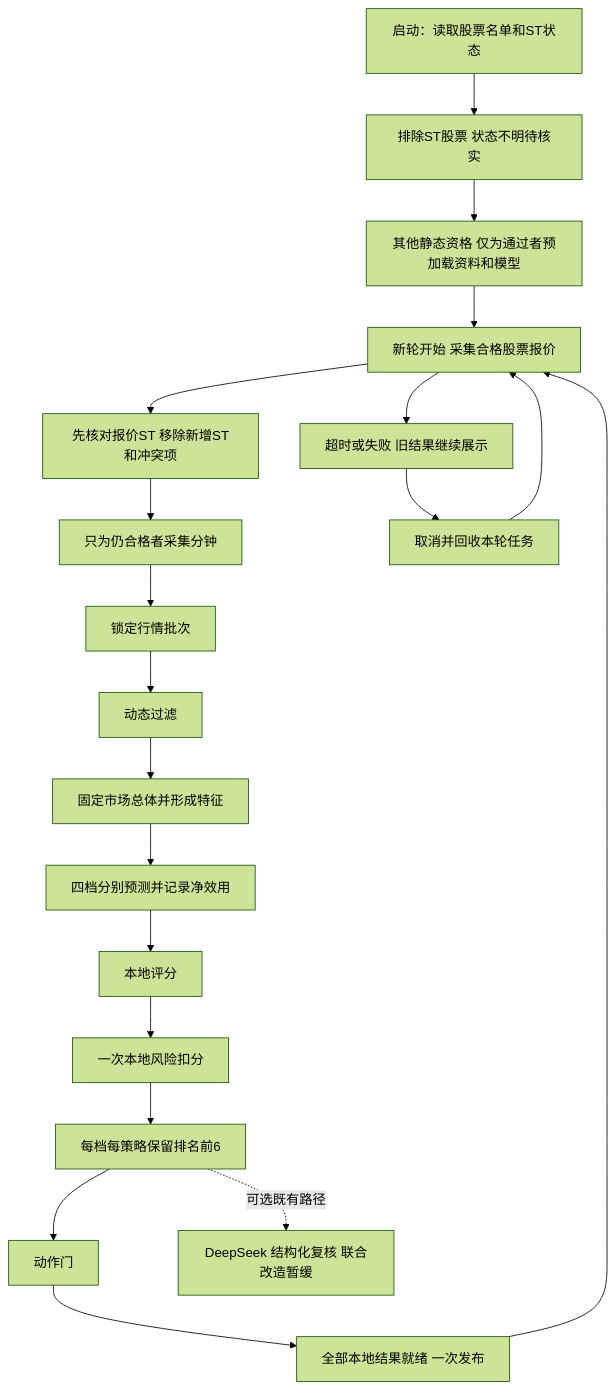
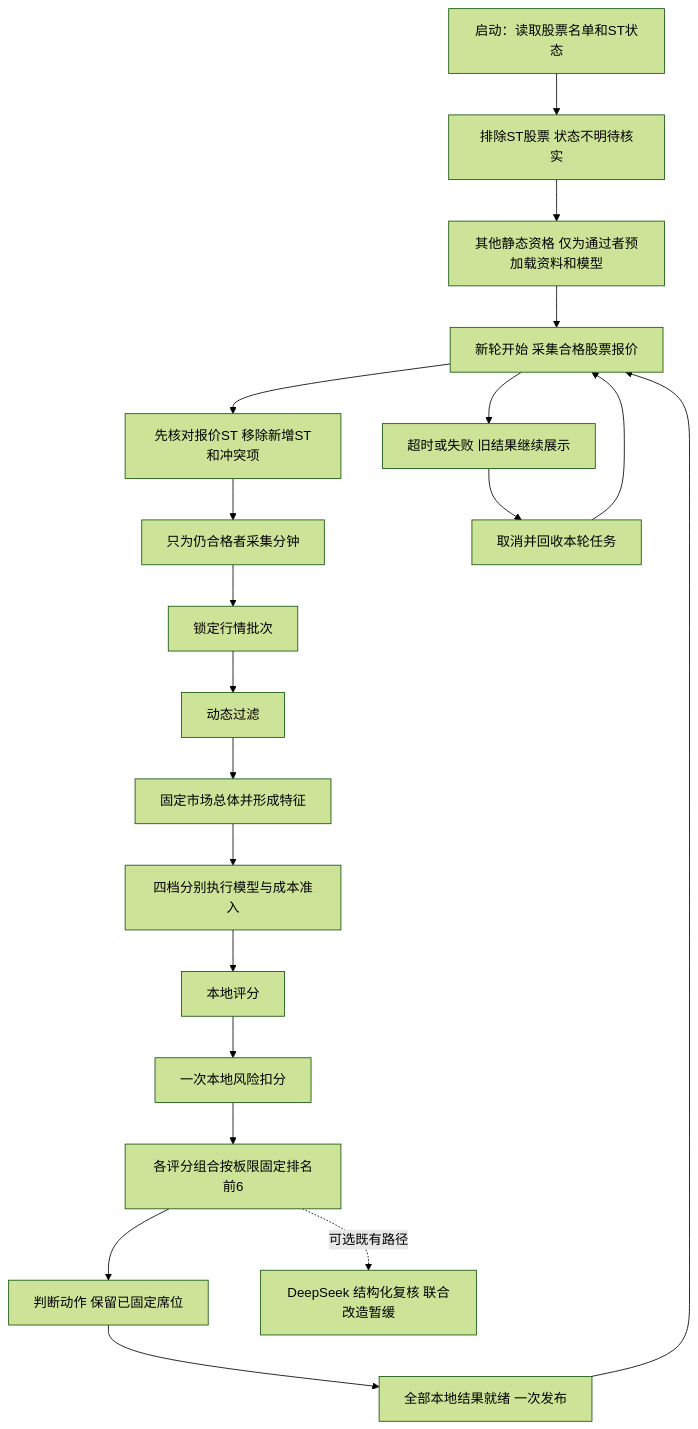
Before and after one commit to 373699756/trader: the first of 2 diagrams in docs/new/c_评分设计.md, drawn with Mermaid (forest theme). The commit also changed other lines of this file and 5 other files, not shown here.

````diff
--- a/docs/new/c_评分设计.md
+++ b/docs/new/c_评分设计.md
@@ -15,22 +15,22 @@
 ```mermaid
 flowchart TD
     S[启动：读取股票名单和ST状态] --> ST[排除ST股票 状态不明待核实]
     ST --> A[其他静态资格 仅为通过者预加载资料和模型]
     A --> B[新轮开始 采集合格股票报价]
     B --> SC[先核对报价ST 移除新增ST和冲突项]
     SC --> MN[只为仍合格者采集分钟]
     MN --> C[锁定行情批次]
     C --> D[动态过滤]
     D --> E[固定市场总体并形成特征]
-    E --> F[四档分别预测并记录净效用]
+    E --> F[四档分别执行模型与成本准入]
     F --> G[本地评分]
     G --> H[一次本地风险扣分]
-    H --> I[每档每策略保留排名前6]
-    I --> J[动作门]
+    H --> I[各评分组合按板限固定排名前6]
+    I --> J[判断动作 保留已固定席位]
     J --> K[全部本地结果就绪 一次发布]
     K --> B
     B --> X[超时或失败 旧结果继续展示]
     X --> Y[取消并回收本轮任务]
     Y --> B
     I -. 可选既有路径 .-> DS[DeepSeek 结构化复核 联合改造暂缓]
 ```
````
